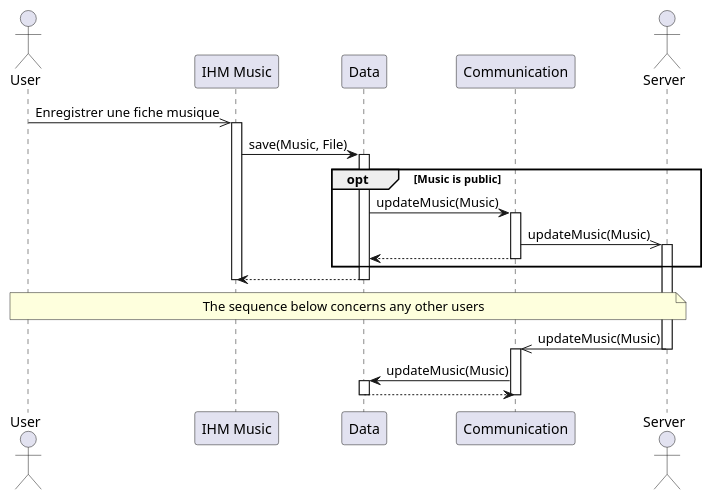
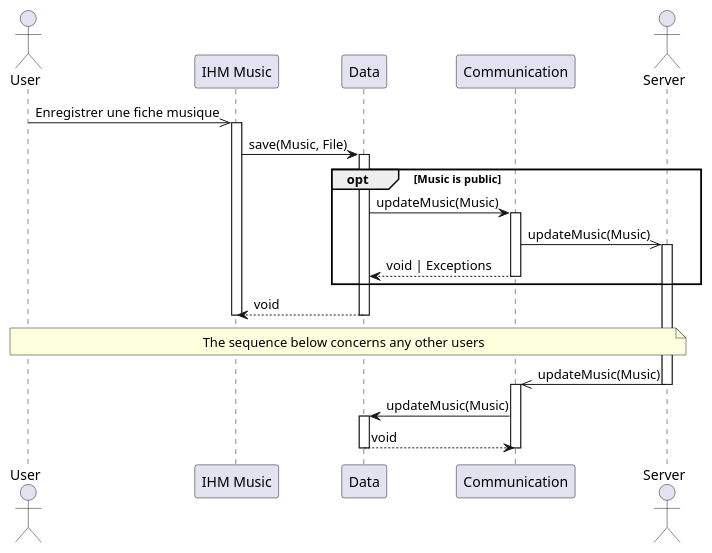
Before and after one commit to UTCAI12/Diagrams: the diagram in sequence/2.3.update_music_file_client.puml, drawn with PlantUML. The commit also changed 4 other files, not shown here.

```diff
--- a/sequence/2.3.update_music_file_client.puml
+++ b/sequence/2.3.update_music_file_client.puml
@@ -1,38 +1,38 @@
 @startuml Edit Music (client side)
 actor User
 participant "IHM Music" as IHM
 participant Data
 participant Communication
 actor Server
 
 User ->> IHM : Enregistrer une fiche musique
 activate IHM
 
 IHM -> Data : save(Music, File)
 activate Data
 
 opt Music is public
     Data -> Communication : updateMusic(Music)
     activate Communication
     Communication ->> Server : updateMusic(Music)
     activate Server
-    Communication --> Data
+    Communication --> Data : void | Exceptions
     deactivate Communication
 end
 
-Data --> IHM
+Data --> IHM : void
 deactivate Data
 deactivate IHM
 
 
 note across: The sequence below concerns any other users
 Server ->> Communication : updateMusic(Music)
 deactivate Server
 activate Communication
 Communication -> Data : updateMusic(Music)
 activate Data
-Data --> Communication
+Data --> Communication : void
 deactivate Data
 deactivate Communication
 
 @enduml
```
